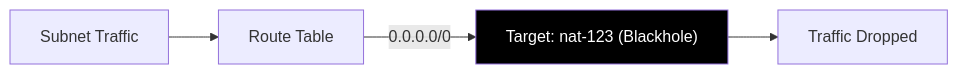
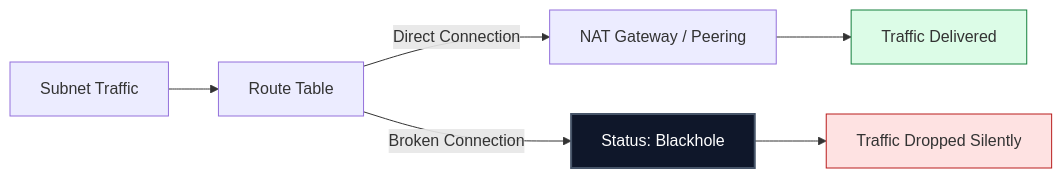
The diagram in 2-Intermediate/01-Phase-1/01-Networking/04-Routing-and-Route-Tables/04-Troubleshooting-and-Blackholes/README.md (Ganil151/Devops), drawn with Mermaid before and after one commit. The commit also changed other lines of this file and 51 other files, not shown here.

````diff
--- a/2-Intermediate/01-Phase-1/01-Networking/04-Routing-and-Route-Tables/04-Troubleshooting-and-Blackholes/README.md
+++ b/2-Intermediate/01-Phase-1/01-Networking/04-Routing-and-Route-Tables/04-Troubleshooting-and-Blackholes/README.md
@@ -9,8 +5,13 @@
 ```mermaid
 graph LR
     Subnet[Subnet Traffic] --> RT[Route Table]
-    RT -->|0.0.0.0/0| BH["Target: nat-123 (Blackhole)"]
-    BH --> Fail[Traffic Dropped]
+    RT -->|Direct Connection| Target[NAT Gateway / Peering]
+    RT -->|Broken Connection| BH["Status: Blackhole"]
+    
+    Target --> Success[Traffic Delivered]
+    BH --> Fail[Traffic Dropped Silently]
 
-style BH fill:#000,color:#fff
+    style BH fill:#0f172a,stroke:#475569,stroke-width:2px,color:#fff
+    style Fail fill:#fee2e2,stroke:#b91c1c
+    style Success fill:#dcfce7,stroke:#15803d
 ```
````
